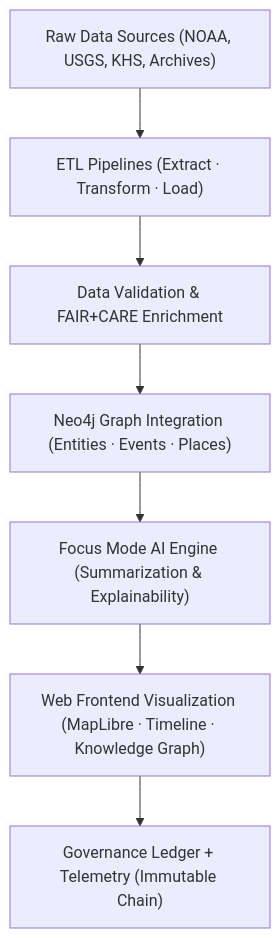
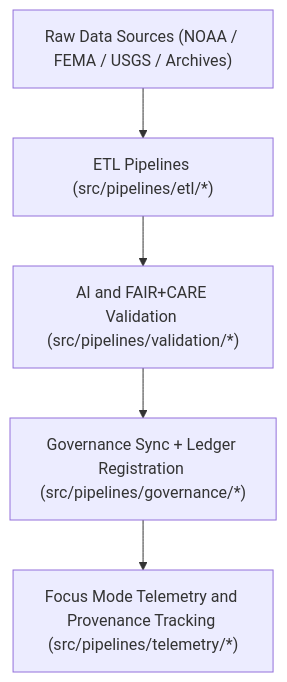
One commit to bartytime4life/Kansas-Frontier-Matrix changed the diagram in src/README.md. Above: the diagram before and after it, drawn with Mermaid. The commit also changed other lines of this file, not shown here.

````diff
--- a/src/README.md
+++ b/src/README.md
@@ -151,9 +96,7 @@
 ```mermaid
 flowchart TD
-    A["Raw Data Sources (NOAA, USGS, KHS, Archives)"] --> B["ETL Pipelines (Extract · Transform · Load)"]
-    B --> C["Data Validation & FAIR+CARE Enrichment"]
-    C --> D["Neo4j Graph Integration (Entities · Events · Places)"]
-    D --> E["Focus Mode AI Engine (Summarization & Explainability)"]
-    E --> F["Web Frontend Visualization (MapLibre · Timeline · Knowledge Graph)"]
-    F --> G["Governance Ledger + Telemetry (Immutable Chain)"]
+    A["Raw Data Sources (NOAA / FEMA / USGS / Archives)"] --> B["ETL Pipelines (src/pipelines/etl/*)"]
+    B --> C["AI and FAIR+CARE Validation (src/pipelines/validation/*)"]
+    C --> D["Governance Sync + Ledger Registration (src/pipelines/governance/*)"]
+    D --> E["Focus Mode Telemetry and Provenance Tracking (src/pipelines/telemetry/*)"]
 ```
````
